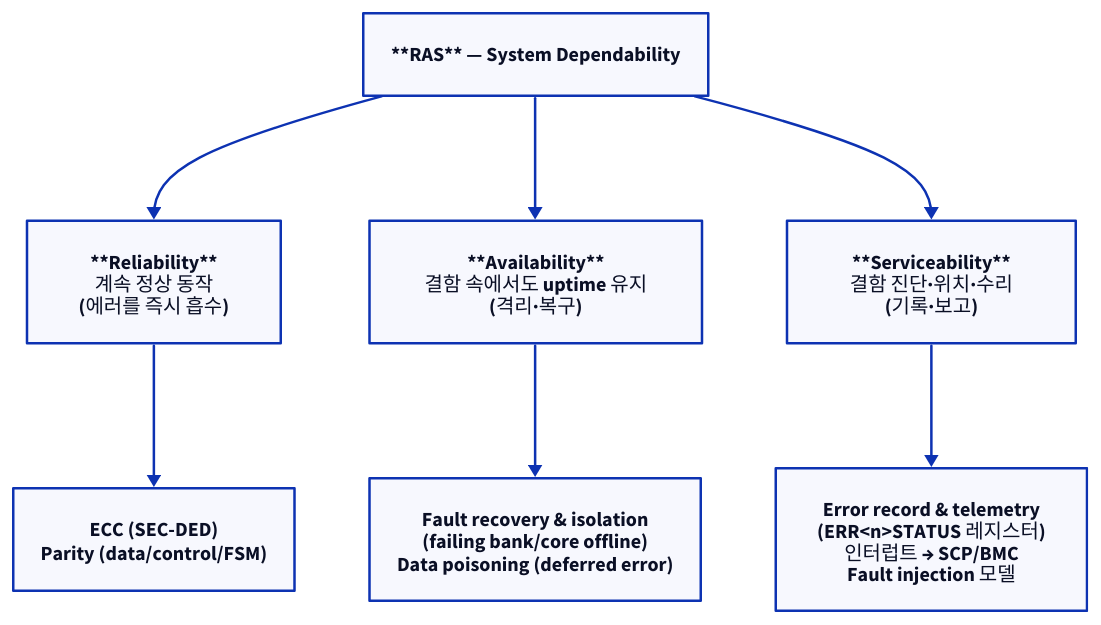
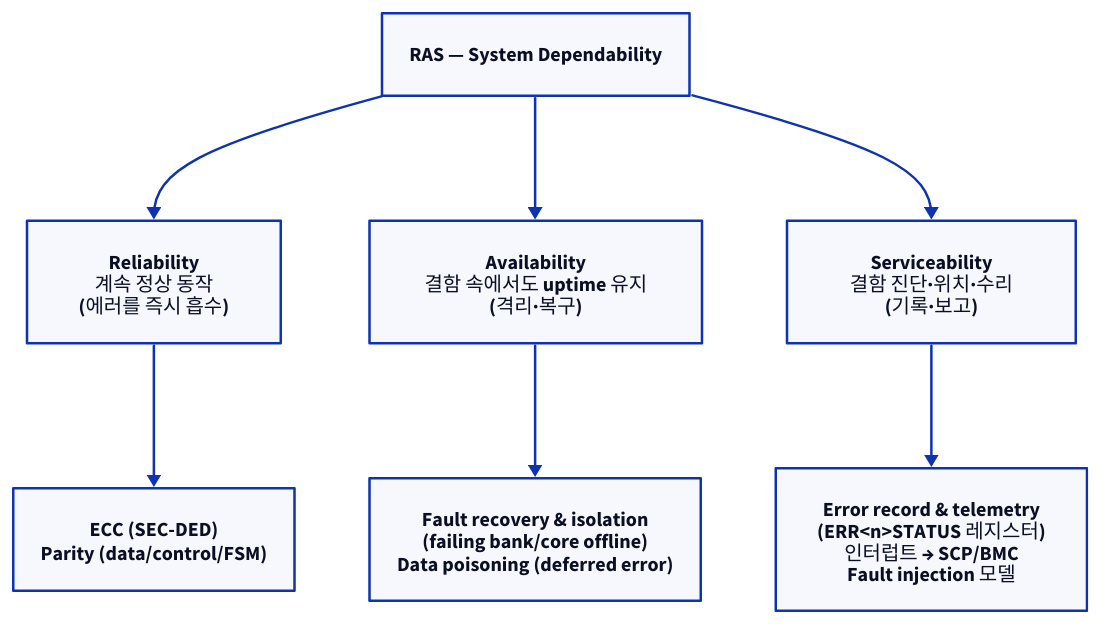
Before and after one commit to humbleowl39/DV_SKOOL: the first of 2 diagrams in starlight_site/src/content/docs/ras/01_why_ras.md, drawn with D2. The commit also changed other lines of this file and 714 other files, not shown here.

First line of the commit message:
fix(site): d2 다이어그램 가독성 결함 6종 일괄 수정

````diff
--- a/starlight_site/src/content/docs/ras/01_why_ras.md
+++ b/starlight_site/src/content/docs/ras/01_why_ras.md
@@ -62,21 +62,21 @@
 ```d2
 direction: down
 
-RAS: "**RAS** — System Dependability"
+RAS: "RAS — System Dependability"
 
-REL: "**Reliability**\n계속 정상 동작\n(에러를 즉시 흡수)"
-AVA: "**Availability**\n결함 속에서도 uptime 유지\n(격리·복구)"
-SER: "**Serviceability**\n결함 진단·위치·수리\n(기록·보고)"
+REL: "Reliability\n계속 정상 동작\n(에러를 즉시 흡수)"
+AVA: "Availability\n결함 속에서도 uptime 유지\n(격리·복구)"
+SER: "Serviceability\n결함 진단·위치·수리\n(기록·보고)"
 
 RAS -> REL
 RAS -> AVA
 RAS -> SER
 
 REL_HW: "ECC (SEC-DED)\nParity (data/control/FSM)"
 AVA_HW: "Fault recovery & isolation\n(failing bank/core offline)\nData poisoning (deferred error)"
 SER_HW: "Error record & telemetry\n(ERR<n>STATUS 레지스터)\n인터럽트 → SCP/BMC\nFault injection 모델"
 
 REL -> REL_HW
 AVA -> AVA_HW
 SER -> SER_HW
 ```
````
